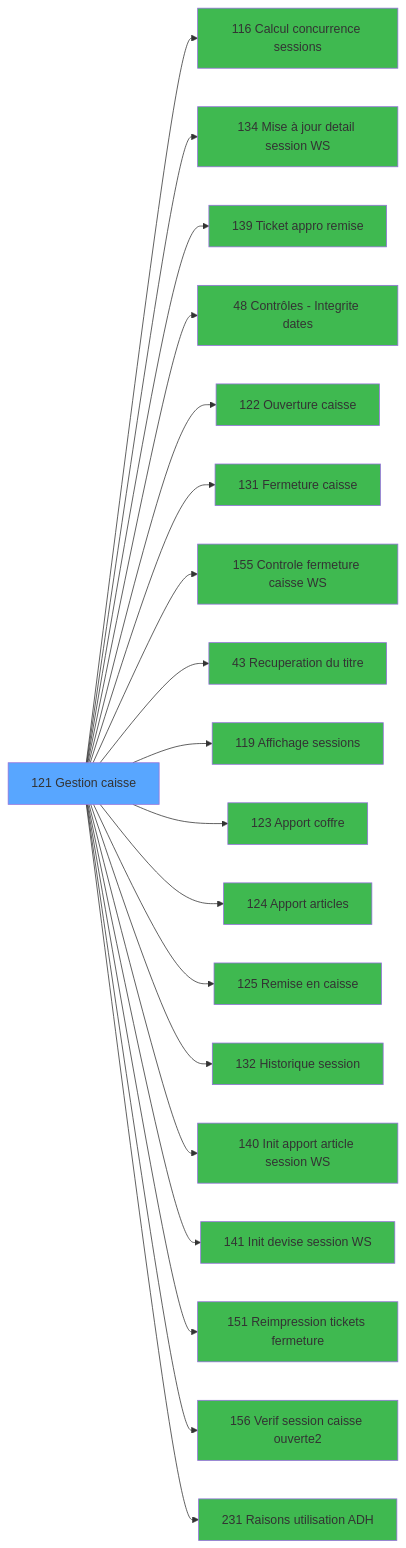
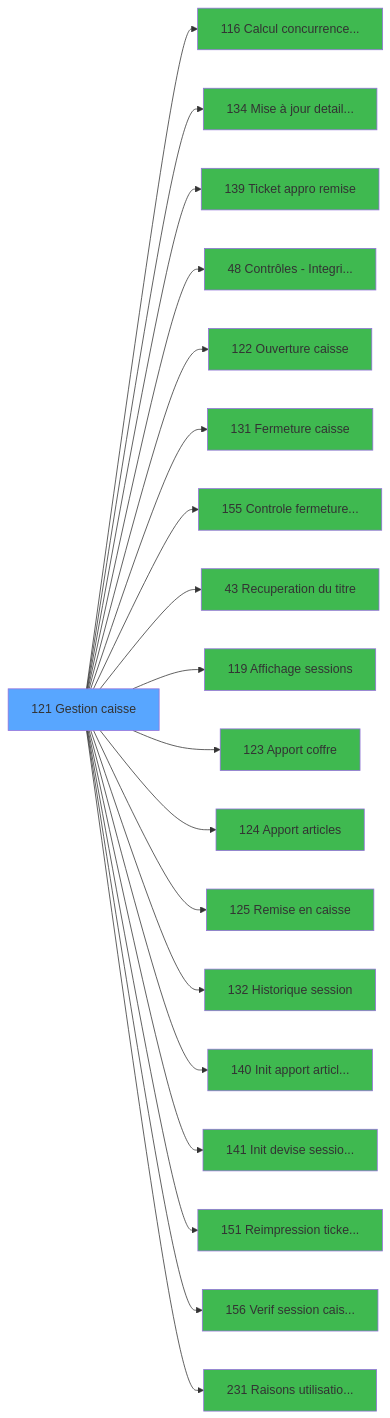
Before and after one commit to thonyAGP/lecteur-magic: the third of 3 diagrams in .openspec/specs/ADH-IDE-121.md, drawn with Mermaid. The commit also changed other lines of this file and 36 other files, not shown here.

First line of the commit message:
feat(pipeline): ticket pipeline v2.0 hybrid architecture

````diff
--- a/.openspec/specs/ADH-IDE-121.md
+++ b/.openspec/specs/ADH-IDE-121.md
@@ -283,59 +338,59 @@
 ```mermaid
 graph LR
     T121[121 Gestion caisse]
     style T121 fill:#58a6ff
-    C116[116 Calcul concurrence sessions]
+    C116[116 Calcul concurrence...]
     T121 --> C116
     style C116 fill:#3fb950
-    C134[134 Mise à jour detail session WS]
+    C134[134 Mise à jour detail...]
     T121 --> C134
     style C134 fill:#3fb950
     C139[139 Ticket appro remise]
     T121 --> C139
     style C139 fill:#3fb950
-    C48[48 Contrôles - Integrite dates]
+    C48[48 Contrôles - Integri...]
     T121 --> C48
     style C48 fill:#3fb950
     C122[122 Ouverture caisse]
     T121 --> C122
     style C122 fill:#3fb950
     C131[131 Fermeture caisse]
     T121 --> C131
     style C131 fill:#3fb950
-    C155[155 Controle fermeture caisse WS]
+    C155[155 Controle fermeture...]
     T121 --> C155
     style C155 fill:#3fb950
     C43[43 Recuperation du titre]
     T121 --> C43
     style C43 fill:#3fb950
     C119[119 Affichage sessions]
     T121 --> C119
     style C119 fill:#3fb950
     C123[123 Apport coffre]
     T121 --> C123
     style C123 fill:#3fb950
     C124[124 Apport articles]
     T121 --> C124
     style C124 fill:#3fb950
     C125[125 Remise en caisse]
     T121 --> C125
     style C125 fill:#3fb950
     C132[132 Historique session]
     T121 --> C132
     style C132 fill:#3fb950
-    C140[140 Init apport article session WS]
+    C140[140 Init apport articl...]
     T121 --> C140
     style C140 fill:#3fb950
-    C141[141 Init devise session WS]
+    C141[141 Init devise sessio...]
     T121 --> C141
     style C141 fill:#3fb950
-    C151[151 Reimpression tickets fermeture]
+    C151[151 Reimpression ticke...]
     T121 --> C151
     style C151 fill:#3fb950
-    C156[156 Verif session caisse ouverte2]
+    C156[156 Verif session cais...]
     T121 --> C156
     style C156 fill:#3fb950
-    C231[231 Raisons utilisation ADH]
+    C231[231 Raisons utilisatio...]
     T121 --> C231
     style C231 fill:#3fb950
 ```
````
